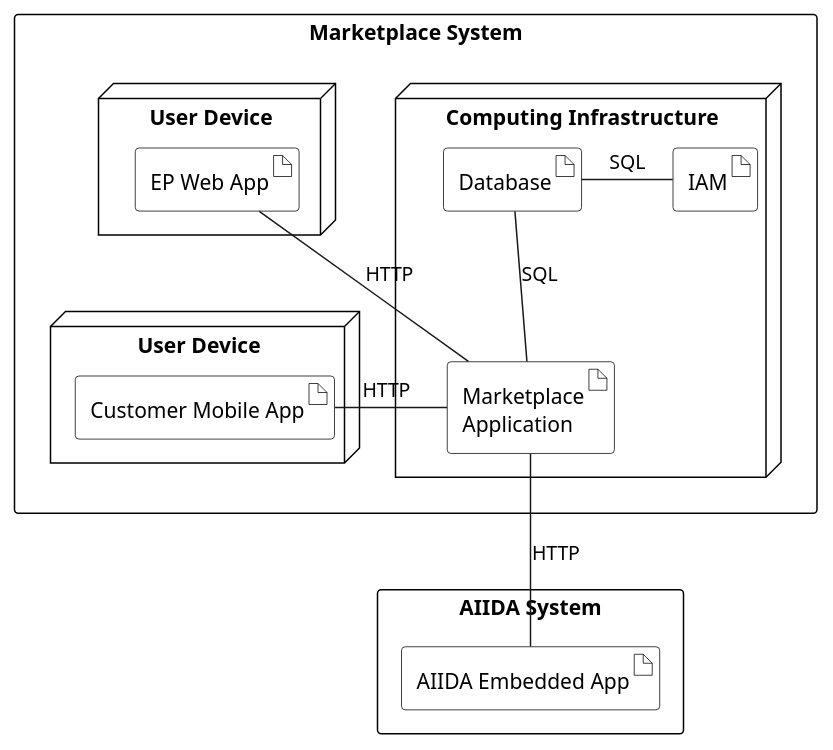
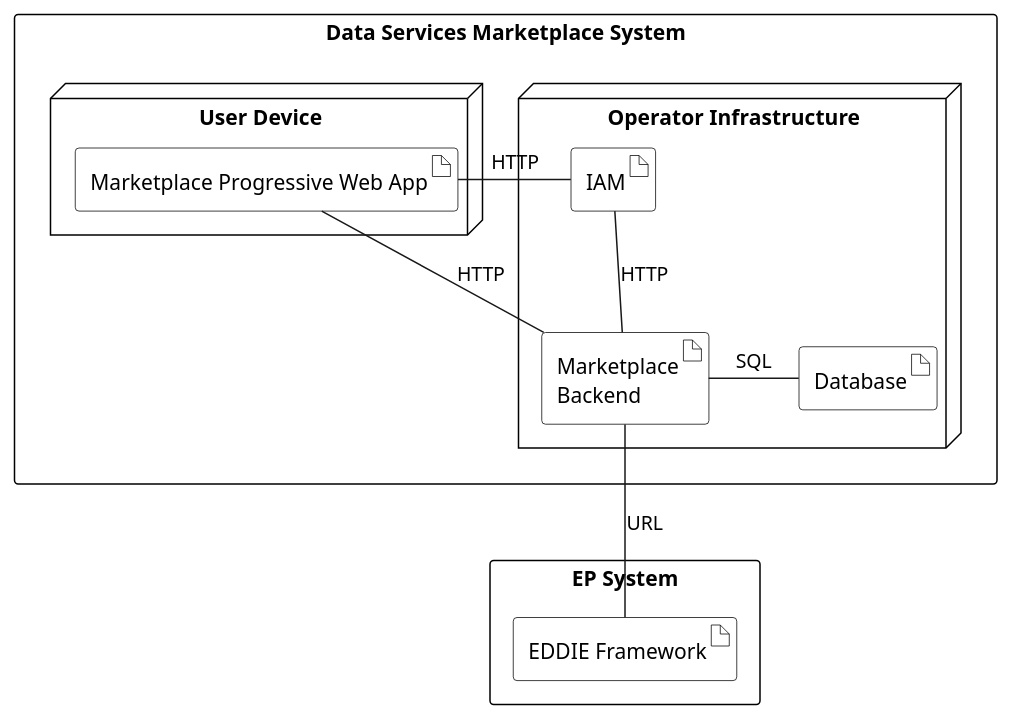
The diagram in arc42/marketplace/deployment-view/figures/deployment-diagram-option-1.puml (eddie-energy/architecture), drawn with PlantUML before and after one commit. The commit also changed 2 other files, not shown here.

```diff
--- a/arc42/marketplace/deployment-view/figures/deployment-diagram-option-1.puml
+++ b/arc42/marketplace/deployment-view/figures/deployment-diagram-option-1.puml
@@ -1,47 +1,41 @@
 @startuml deployment-diagram-marketplace
 
 ' skinparam linetype ortho
 skinparam artifact{
   BorderColor black
   BackgroundColor transparent
 }
 skinparam rectangle{
   BorderColor black
   BackgroundColor transparent
 }
 skinparam node{
   BorderColor black
   BackgroundColor transparent
 }
 
-rectangle "Marketplace System" {
-  node "Computing Infrastructure" as local {    
-    artifact "Marketplace\nApplication" as marketplace
+rectangle "Data Services Marketplace System" {
+  node "Operator Infrastructure" as local {    
+    artifact "Marketplace\nBackend" as marketplace
     artifact "Database" as database
     artifact "IAM" as iam
 
-    database -down- marketplace : SQL
-    database -right- iam : SQL
+    marketplace -right- database : SQL
+    iam -down- marketplace : HTTP
   }
-node "User Device" as cust {
-    artifact "Customer Mobile App" as customer
+node "User Device" as user {
+  artifact "Marketplace Progressive Web App" as app
 }
-node "User Device" as elpa {
-    artifact "EP Web App" as ep
-}
-ep -down[hidden]- customer
 }
 
-rectangle "AIIDA System" {
-  artifact "AIIDA Embedded App" as aiida
+rectangle "EP System" {
+  artifact "EDDIE Framework" as eddie
 }
 
-
-ep -right- marketplace : HTTP
-customer -right- marketplace : "HTTP  "
-
-marketplace -down- aiida : HTTP
+app -right- iam : HTTP
+app -right- marketplace : HTTP
 
 
+marketplace -down- eddie: URL
   
 @enduml
```
